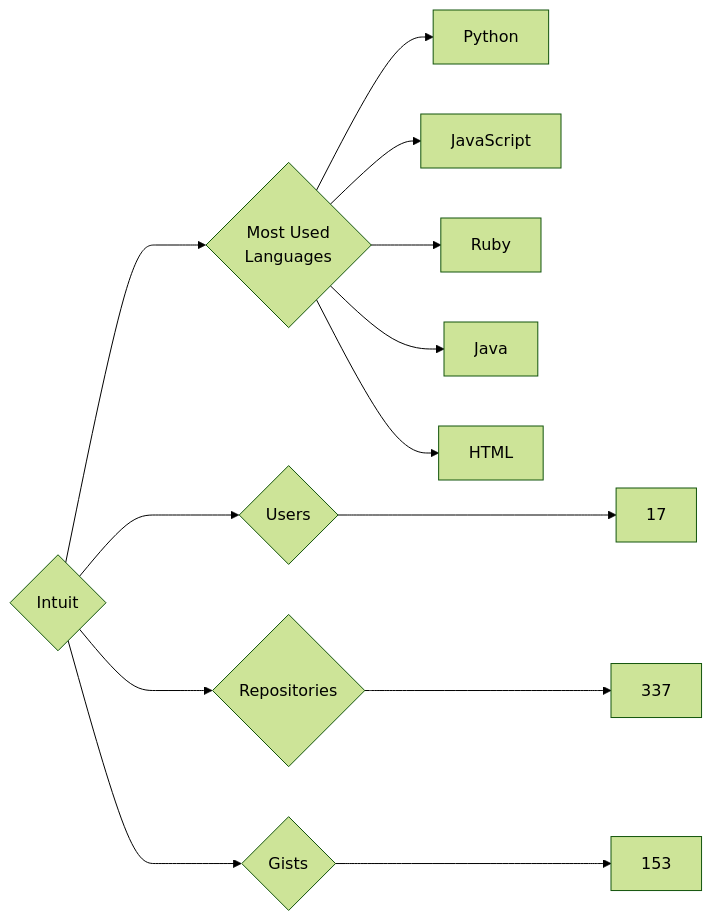
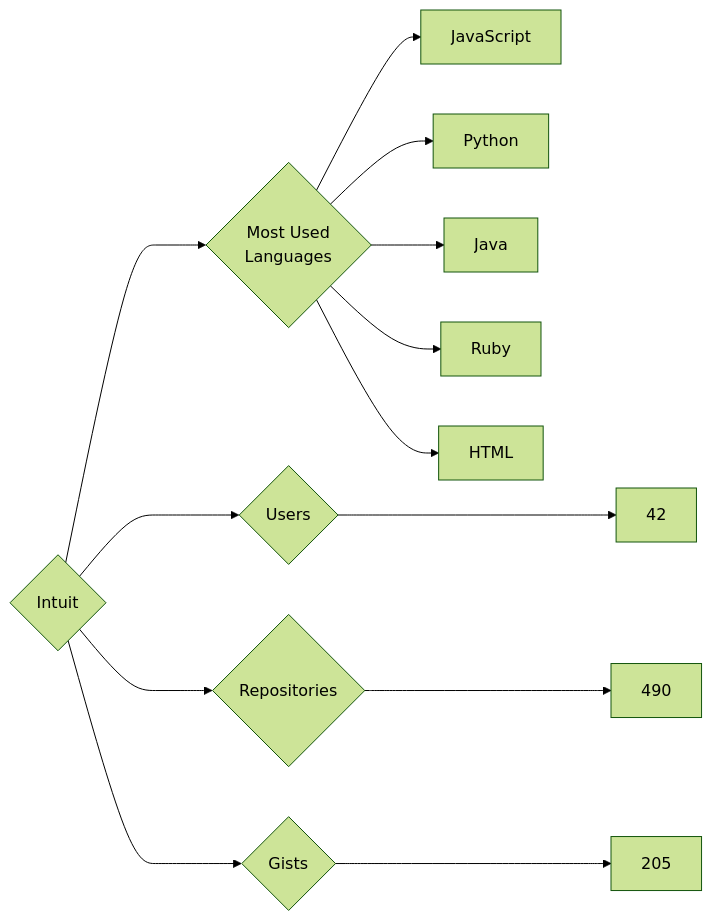
One commit to trickest/insiders changed the diagram in targets/Intuit/README.md. Above: the diagram before and after it, drawn with Mermaid (forest theme). The commit also changed 837 other files, not shown here.

````diff
--- a/targets/Intuit/README.md
+++ b/targets/Intuit/README.md
@@ -3,13 +3,13 @@
 ```mermaid
 graph LR
 COMPANY_NAME{Intuit}
-COMPANY_NAME ---> U{Users} ---> UN[17]
-COMPANY_NAME ---> R{Repositories} ---> RN[337]
-COMPANY_NAME ---> G{Gists} ---> GN[153]
+COMPANY_NAME ---> U{Users} ---> UN[42]
+COMPANY_NAME ---> R{Repositories} ---> RN[490]
+COMPANY_NAME ---> G{Gists} ---> GN[205]
 COMPANY_NAME ---> ML{Most Used<br>Languages}
+ML --> JavaScript[JavaScript]
 ML --> Python[Python]
-ML --> JavaScript[JavaScript]
+ML --> Java[Java]
 ML --> Ruby[Ruby]
-ML --> Java[Java]
 ML --> HTML[HTML]
 ```
````
